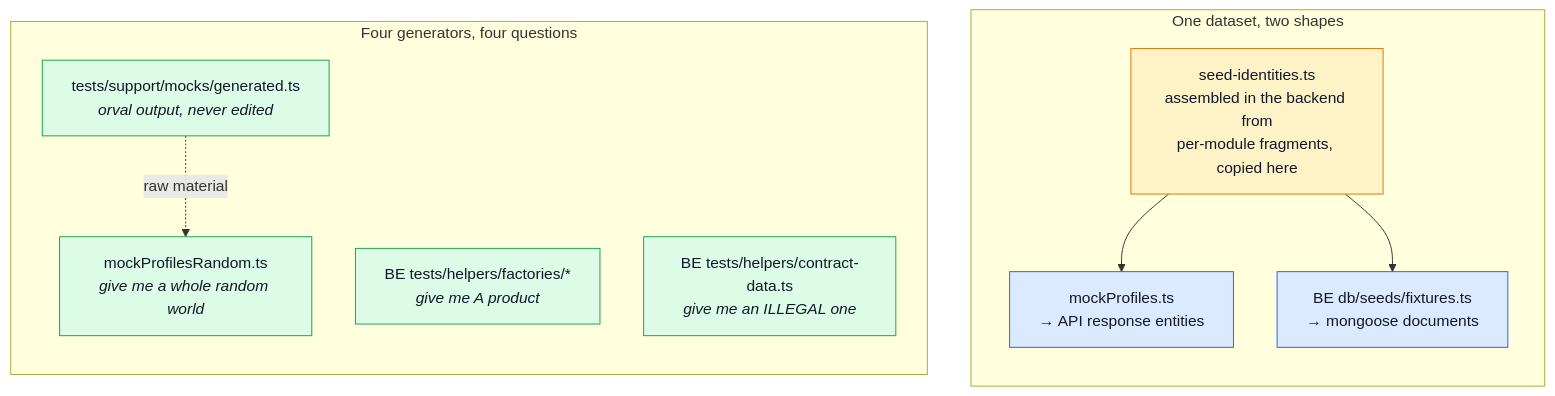
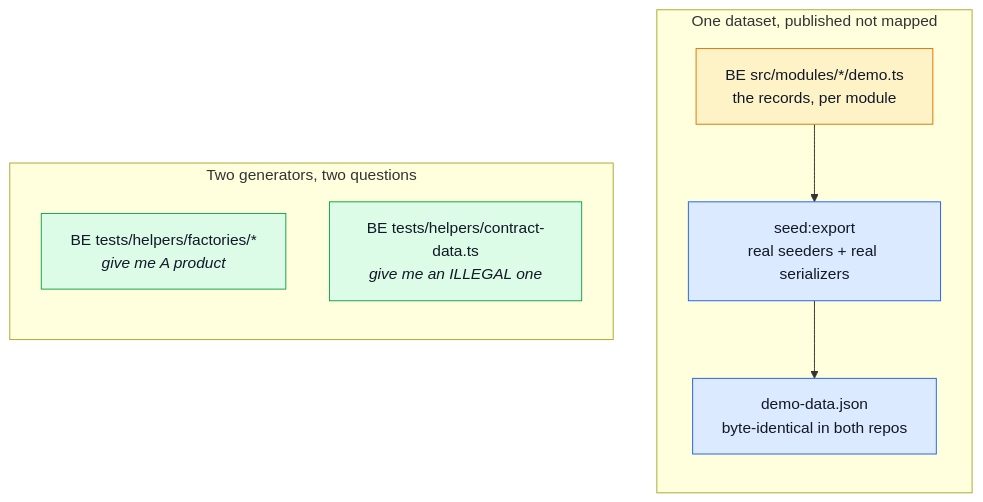
Before and after one commit to Guebbit/boilerplate-vue-frontend: the second of 3 diagrams in docs/tools/testing-and-docs.md, drawn with Mermaid. The commit also changed other lines of this file and 20 other files, not shown here.

````diff
--- a/docs/tools/testing-and-docs.md
+++ b/docs/tools/testing-and-docs.md
@@ -72,27 +90,23 @@
 ```mermaid
 %%{init: {'flowchart': {'nodeSpacing': 45, 'rankSpacing': 55}}}%%
 flowchart TB
-    subgraph one["One dataset, two shapes"]
+    subgraph one["One dataset, published not mapped"]
         direction TB
-        Seed["seed-identities.ts<br/>assembled in the backend from<br/>per-module fragments, copied here"]
-        Seed --> FEMap["mockProfiles.ts<br/>→ API response entities"]
-        Seed --> BEMap["BE db/seeds/fixtures.ts<br/>→ mongoose documents"]
+        Records["BE src/modules/*/demo.ts<br/>the records, per module"]
+        Records --> Export["seed:export<br/>real seeders + real serializers"]
+        Export --> Dataset["demo-data.json<br/>byte-identical in both repos"]
     end
 
-    subgraph four["Four generators, four questions"]
+    subgraph two["Two generators, two questions"]
         direction TB
-        Random["mockProfilesRandom.ts<br/><i>give me a whole random world</i>"]
-        Generated["tests/support/mocks/generated.ts<br/><i>orval output, never edited</i>"]
         Factories["BE tests/helpers/factories/*<br/><i>give me A product</i>"]
         ContractData["BE tests/helpers/contract-data.ts<br/><i>give me an ILLEGAL one</i>"]
     end
 
-    Generated -.raw material.-> Random
-
     classDef source fill:#fef3c7,stroke:#d97706,color:#111827;
     classDef mapper fill:#dbeafe,stroke:#2563eb,color:#111827;
     classDef gen fill:#dcfce7,stroke:#16a34a,color:#111827;
-    class Seed source;
-    class FEMap,BEMap mapper;
-    class Random,Generated,Factories,ContractData gen;
+    class Records source;
+    class Export,Dataset mapper;
+    class Factories,ContractData gen;
 ```
````
